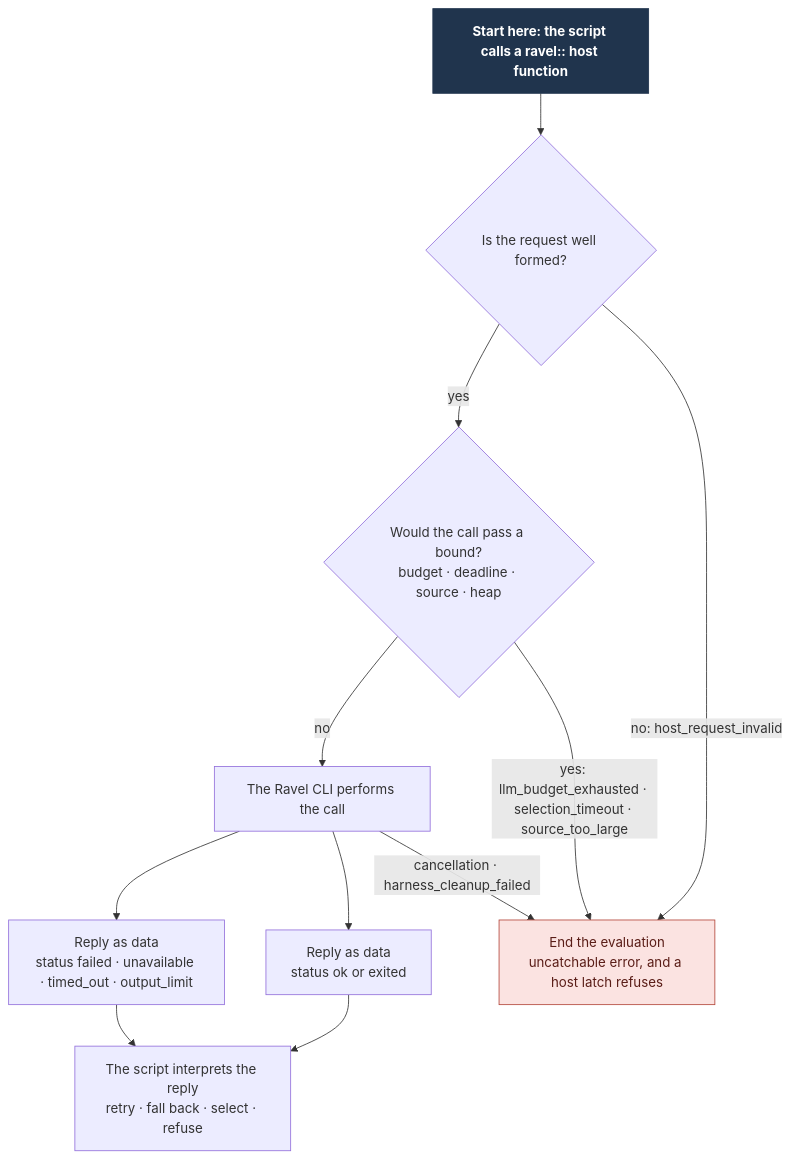
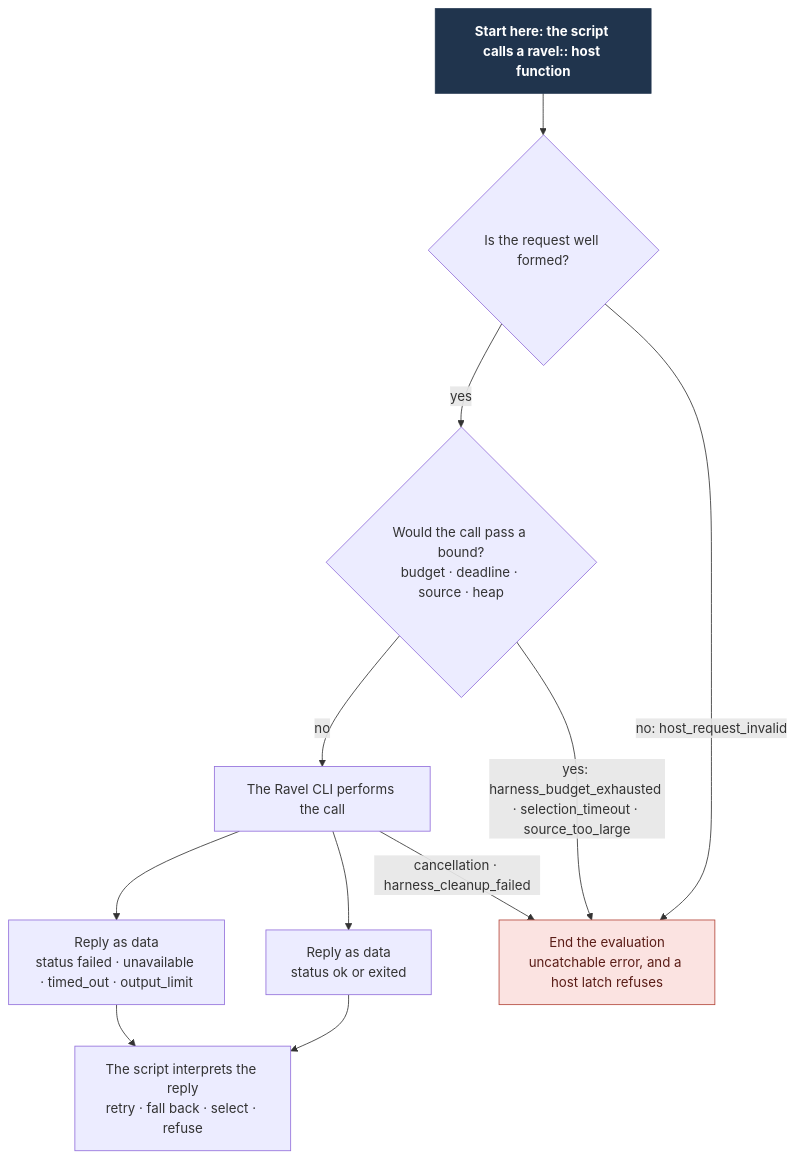
One commit to Linkuistics/Ravel changed the diagram in docs/design/rhai-policy/outcomes.mmd. Above: the diagram before and after it, drawn with Mermaid. The commit also changed 18 other files, not shown here.

First line of the commit message:
llm-calls-through-harnesses-k58: an LLM call is a harness run of Claude Code or Codex with the owner's sign-in, and ravel::llm and Rig leave the spec

```diff
--- a/docs/design/rhai-policy/outcomes.mmd
+++ b/docs/design/rhai-policy/outcomes.mmd
@@ -1,23 +1,23 @@
 flowchart TD
   start["Start here: the script calls a ravel:: host function"]
   wellformed{"Is the request well formed?"}
   bound{"Would the call pass a bound?<br/>budget · deadline · source · heap"}
   run["The Ravel CLI performs the call"]
   ok["Reply as data<br/>status ok or exited"]
   fail["Reply as data<br/>status failed · unavailable · timed_out · output_limit"]
   endeval["End the evaluation<br/>uncatchable error, and a host latch refuses"]
   script["The script interprets the reply<br/>retry · fall back · select · refuse"]
   start --> wellformed
   wellformed -->|"no: host_request_invalid"| endeval
   wellformed -->|yes| bound
-  bound -->|"yes: llm_budget_exhausted · selection_timeout · source_too_large"| endeval
+  bound -->|"yes: harness_budget_exhausted · selection_timeout · source_too_large"| endeval
   bound -->|no| run
   run --> ok
   run --> fail
   run -->|"cancellation · harness_cleanup_failed"| endeval
   ok --> script
   fail --> script
   classDef start fill:#20344d,color:#fff,stroke:#20344d,font-weight:bold
   classDef stop fill:#fbe3e1,color:#5a1d17,stroke:#b4473b
   class start start
   class endeval stop
```
